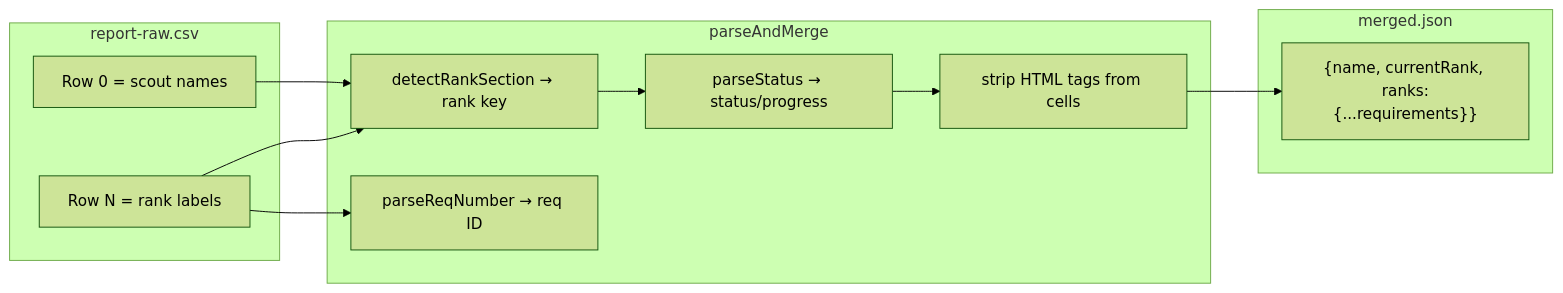
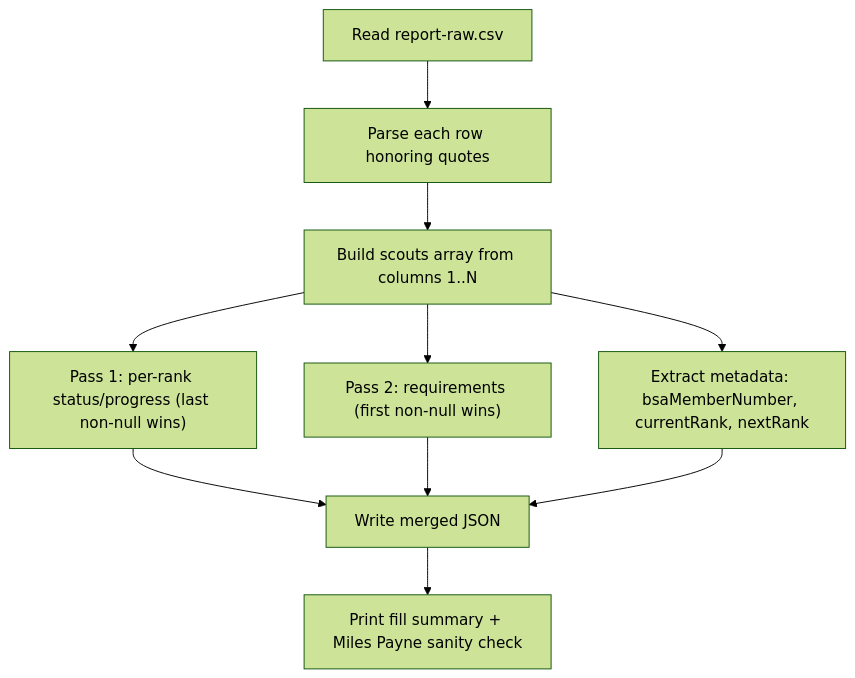
The fourth of 5 diagrams in README.md (freeload101/youth-advancement-api), drawn with Mermaid (forest theme) before and after one commit. The commit also changed other lines of this file, not shown here.

````diff
--- a/README.md
+++ b/README.md
@@ -50,22 +105,12 @@
 ```mermaid
-flowchart LR
-  subgraph IN[report-raw.csv]
-    R0[Row 0 = scout names]
-    R1[Row N = rank labels]
-  end
-  subgraph PROC[parseAndMerge]
-    P1[detectRankSection → rank key]
-    P2[parseReqNumber → req ID]
-    P3[parseStatus → status/progress]
-    P4[strip HTML tags from cells]
-  end
-  subgraph OUT[merged.json]
-    J["{name, currentRank, ranks:{...requirements}}"]
-  end
-  R0 --> P1
-  R1 --> P1
-  R1 --> P2
-  P1 --> P3
-  P3 --> P4
-  P4 --> J
+flowchart TD
+    P1[Read report-raw.csv] --> P2[Parse each row honoring quotes]
+    P2 --> P3[Build scouts array from columns 1..N]
+    P3 --> P4a["Pass 1: per-rank status/progress (last non-null wins)"]
+    P3 --> P4b["Pass 2: requirements (first non-null wins)"]
+    P3 --> P4c["Extract metadata: bsaMemberNumber, currentRank, nextRank"]
+    P4a --> P5[Write merged JSON]
+    P4b --> P5
+    P4c --> P5
+    P5 --> P6[Print fill summary + Miles Payne sanity check]
 ```
````
